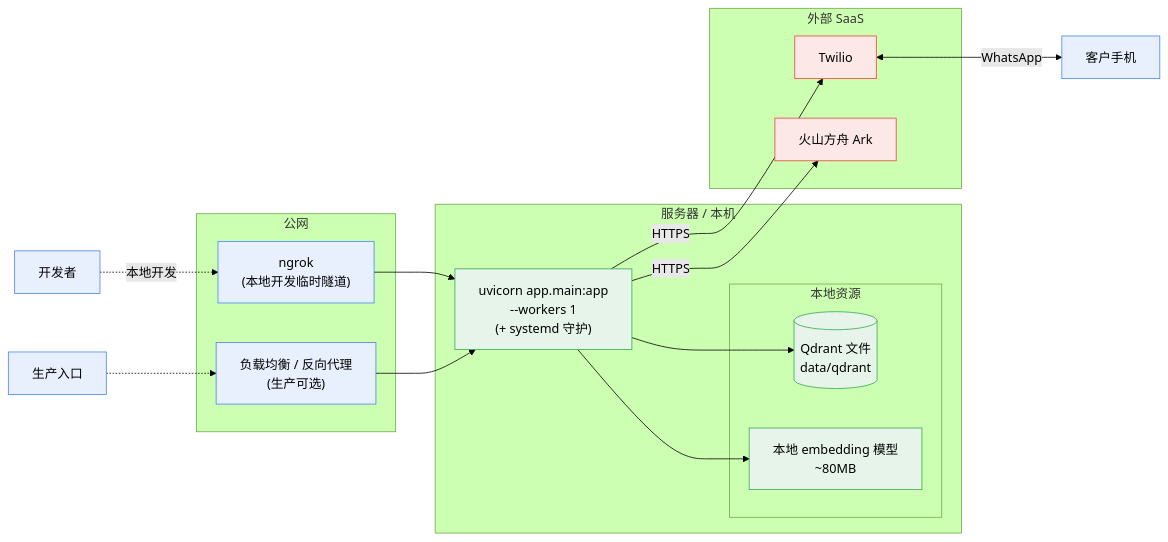
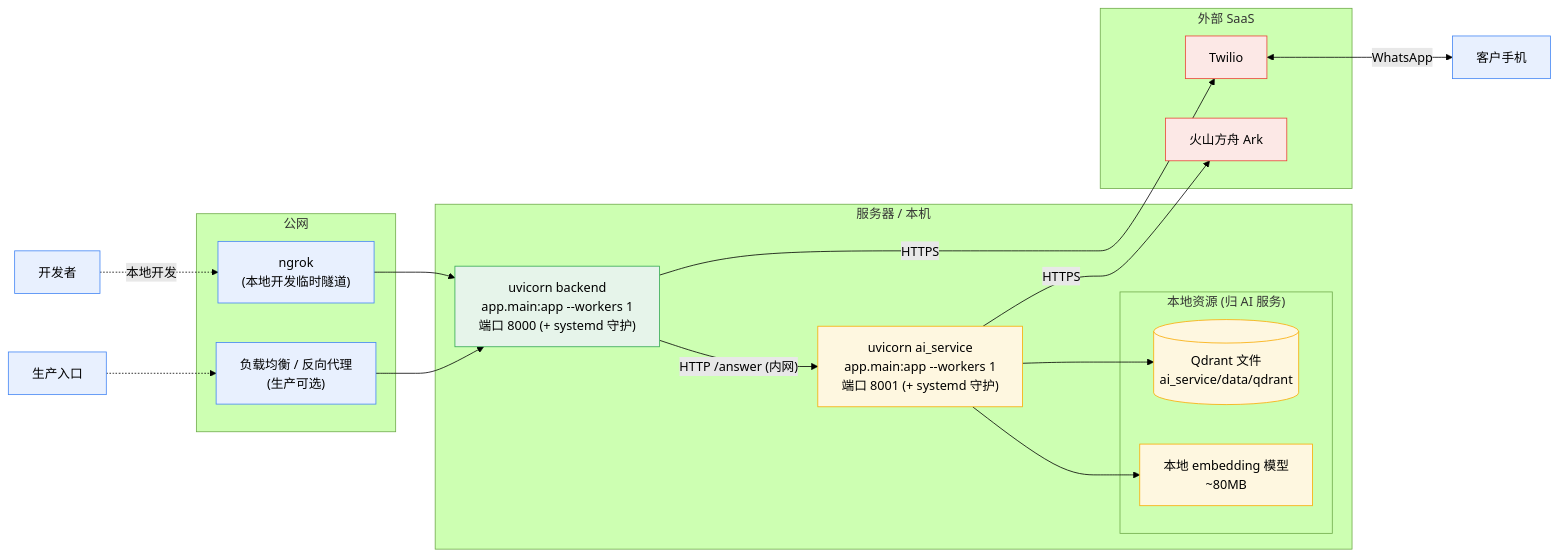
Before and after one commit to xiaozhao0309/whatsAppAgent: the fifth of 6 diagrams in docs/架构图.md, drawn with Mermaid (forest theme). The commit also changed other lines of this file and 4 other files, not shown here.

First line of the commit message:
docs: align documentation with two-service (backend + ai_service) architecture

````diff
--- a/docs/架构图.md
+++ b/docs/架构图.md
@@ -272,38 +316,42 @@
 ```mermaid
 graph LR
     subgraph CLOUD["公网"]
         NGROK["ngrok<br/>(本地开发临时隧道)"]
         LB["负载均衡 / 反向代理<br/>(生产可选)"]
     end
 
     subgraph HOST["服务器 / 本机"]
-        UVICORN["uvicorn app.main:app<br/>--workers 1<br/>(+ systemd 守护)"]
-        subgraph LOCAL["本地资源"]
-            QLOCAL[("Qdrant 文件<br/>data/qdrant")]
+        BE["uvicorn backend<br/>app.main:app --workers 1<br/>端口 8000 (+ systemd 守护)"]
+        AI["uvicorn ai_service<br/>app.main:app --workers 1<br/>端口 8001 (+ systemd 守护)"]
+        subgraph LOCAL["本地资源 (归 AI 服务)"]
+            QLOCAL[("Qdrant 文件<br/>ai_service/data/qdrant")]
             MODEL["本地 embedding 模型<br/>~80MB"]
         end
     end
 
     subgraph SAAS["外部 SaaS"]
         TW["Twilio"]
         ARK["火山方舟 Ark"]
     end
 
     DEV["开发者"] -.->|"本地开发"| NGROK
     PROD["生产入口"] -.-> LB
 
-    NGROK --> UVICORN
-    LB --> UVICORN
-    UVICORN --> QLOCAL
-    UVICORN --> MODEL
-    UVICORN -->|"HTTPS"| TW
-    UVICORN -->|"HTTPS"| ARK
+    NGROK --> BE
+    LB --> BE
+    BE -->|"HTTP /answer (内网)"| AI
+    AI --> QLOCAL
+    AI --> MODEL
+    BE -->|"HTTPS"| TW
+    AI -->|"HTTPS"| ARK
     TW <-->|"WhatsApp"| WA["客户手机"]
 
     classDef ext fill:#e8f0fe,stroke:#4285f4
     classDef host fill:#e6f4ea,stroke:#34a853
+    classDef ai fill:#fef7e0,stroke:#f9ab00
     classDef saas fill:#fce8e6,stroke:#ea4335
     class NGROK,LB,DEV,PROD,WA ext
-    class UVICORN,QLOCAL,MODEL host
+    class BE host
+    class AI,QLOCAL,MODEL ai
     class TW,ARK saas
 ```
````
